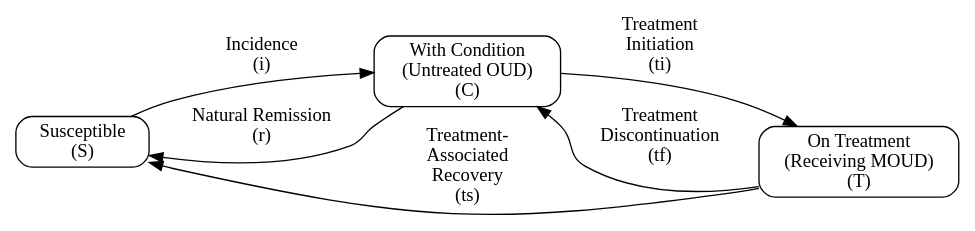
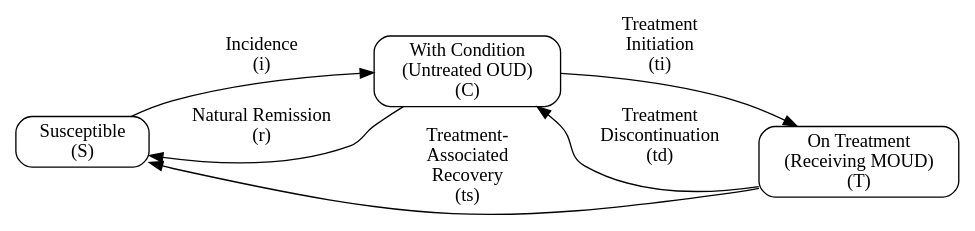
One commit to ihmeuw/vivarium_research changed the diagram in docs/source/models/causes/opioid_use_disorder/index.rst. Above: the diagram before and after it, drawn with Graphviz. The commit also changed other lines of this file, not shown here.

First line of the commit message:
Fix LaTeX rendering and update treatment discontinuation symbol

```diff
--- a/docs/source/models/causes/opioid_use_disorder/index.rst
+++ b/docs/source/models/causes/opioid_use_disorder/index.rst
@@ -325,16 +325,16 @@
 .. graphviz::
 
   digraph oud_model {
       rankdir = LR;
       node [shape=box, style=rounded];
 
       susceptible [label="Susceptible\n(S)"]
       with_condition [label="With Condition\n(Untreated OUD)\n(C)"]
       on_treatment [label="On Treatment\n(Receiving MOUD)\n(T)"]
 
       susceptible -> with_condition [label="Incidence\n(i)"]
       with_condition -> susceptible [label="Natural Remission\n(r)"]
       with_condition -> on_treatment [label="Treatment\nInitiation\n(ti)"]
-      on_treatment -> with_condition [label="Treatment\nDiscontinuation\n(tf)"]
+      on_treatment -> with_condition [label="Treatment\nDiscontinuation\n(td)"]
       on_treatment -> susceptible [label="Treatment-\nAssociated\nRecovery\n(ts)"]
   }
```
